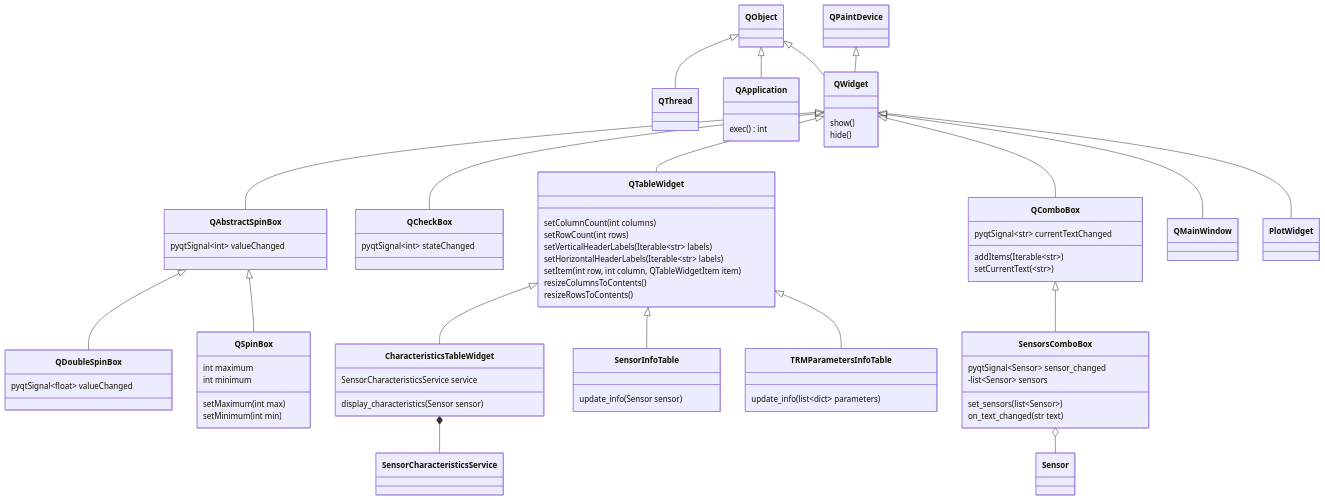
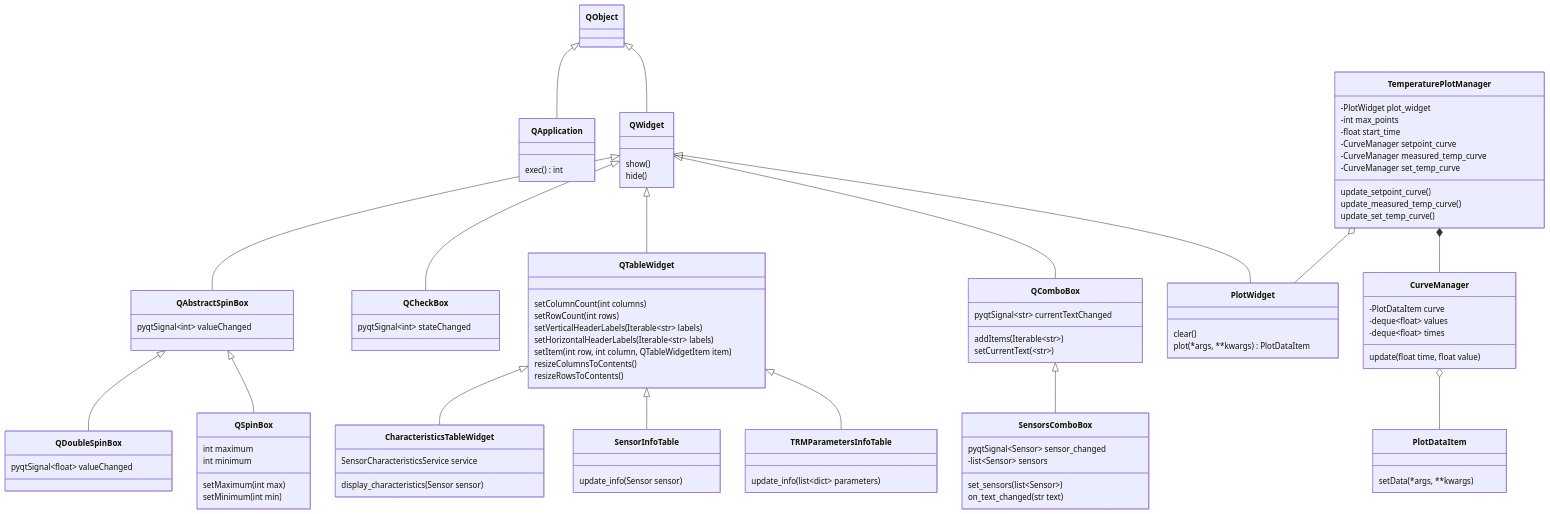
One commit to Marik28/dissertation changed the seventh of 7 diagrams in data/diagrams/диаграмма классов.md. Above: the diagram before and after it, drawn with Mermaid. The commit also changed 4 other files, not shown here.

````diff
--- a/data/diagrams/диаграмма классов.md
+++ b/data/diagrams/диаграмма классов.md
@@ -456,7 +433,6 @@
     class QDoubleSpinBox {
         pyqtSignal~float~ valueChanged
     } 
-    class QMainWindow
     
     class QCheckBox {
         pyqtSignal~int~ stateChanged
@@ -468,23 +444,49 @@
         setCurrentText(~str~)
     }
     
-    QObject <|-- QThread
+        class CurveManager {
+        -PlotDataItem curve
+        -deque~float~ values
+        -deque~float~ times
+        update(float time, float value)
+    }
+    
+    class TemperaturePlotManager {
+        -PlotWidget plot_widget
+        -int max_points
+        -float start_time
+        -CurveManager setpoint_curve
+        -CurveManager measured_temp_curve
+        -CurveManager set_temp_curve
+        update_setpoint_curve()       
+        update_measured_temp_curve()       
+        update_set_temp_curve()       
+    }
+    
+    class PlotWidget {
+        clear()
+        plot(*args, **kwargs) PlotDataItem
+    }
+    
+    class PlotDataItem {
+        setData(*args, **kwargs)
+    }
+
+    
     QObject <|-- QApplication 
     QObject <|-- QWidget
-    QPaintDevice <|-- QWidget
     QWidget <|-- QAbstractSpinBox
     QWidget <|-- QCheckBox
     QWidget <|-- QTableWidget
     QWidget <|-- QComboBox
-    QWidget <|-- QMainWindow
-    QWidget <|-- PlotWidget
     QComboBox <|-- SensorsComboBox
-    SensorsComboBox o-- Sensor
     QTableWidget <|-- CharacteristicsTableWidget
     QTableWidget <|-- SensorInfoTable
     QTableWidget <|-- TRMParametersInfoTable
-    CharacteristicsTableWidget *-- SensorCharacteristicsService
     QAbstractSpinBox <|-- QDoubleSpinBox
     QAbstractSpinBox <|-- QSpinBox
-
+    QWidget <|-- PlotWidget
+    TemperaturePlotManager o-- PlotWidget
+    TemperaturePlotManager *-- CurveManager
+    CurveManager o-- PlotDataItem
 ```
````
